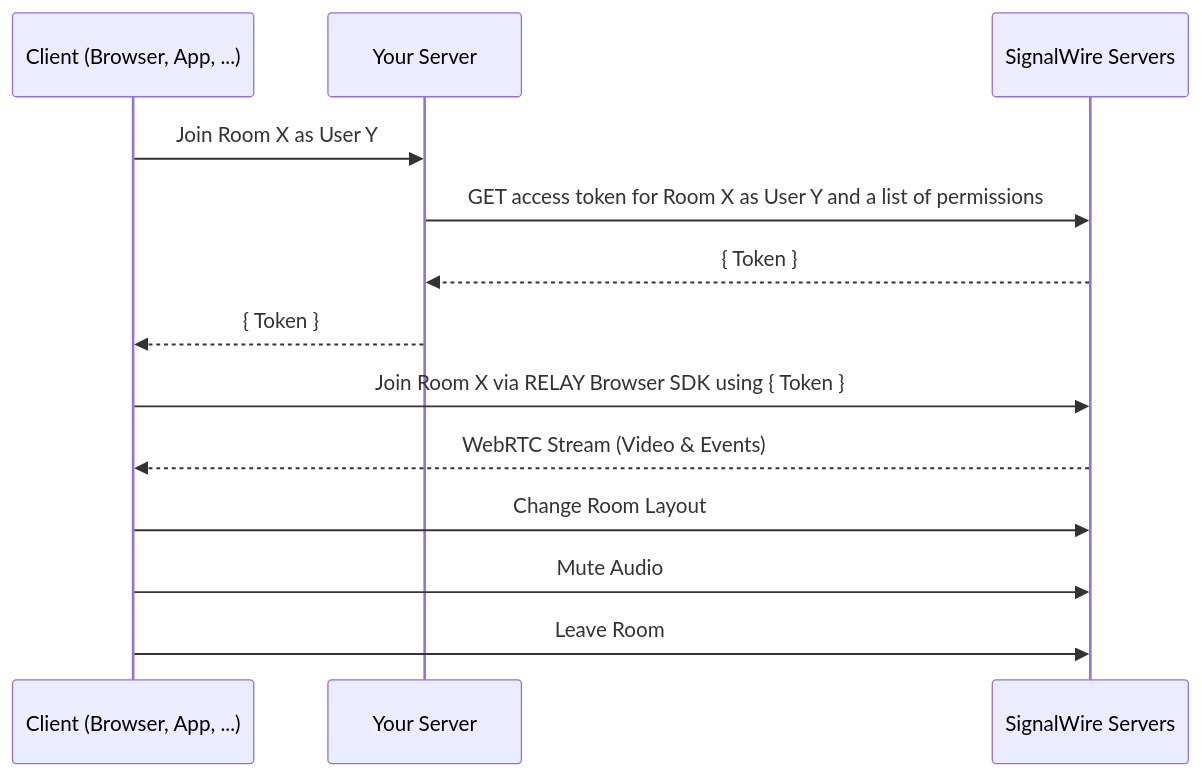
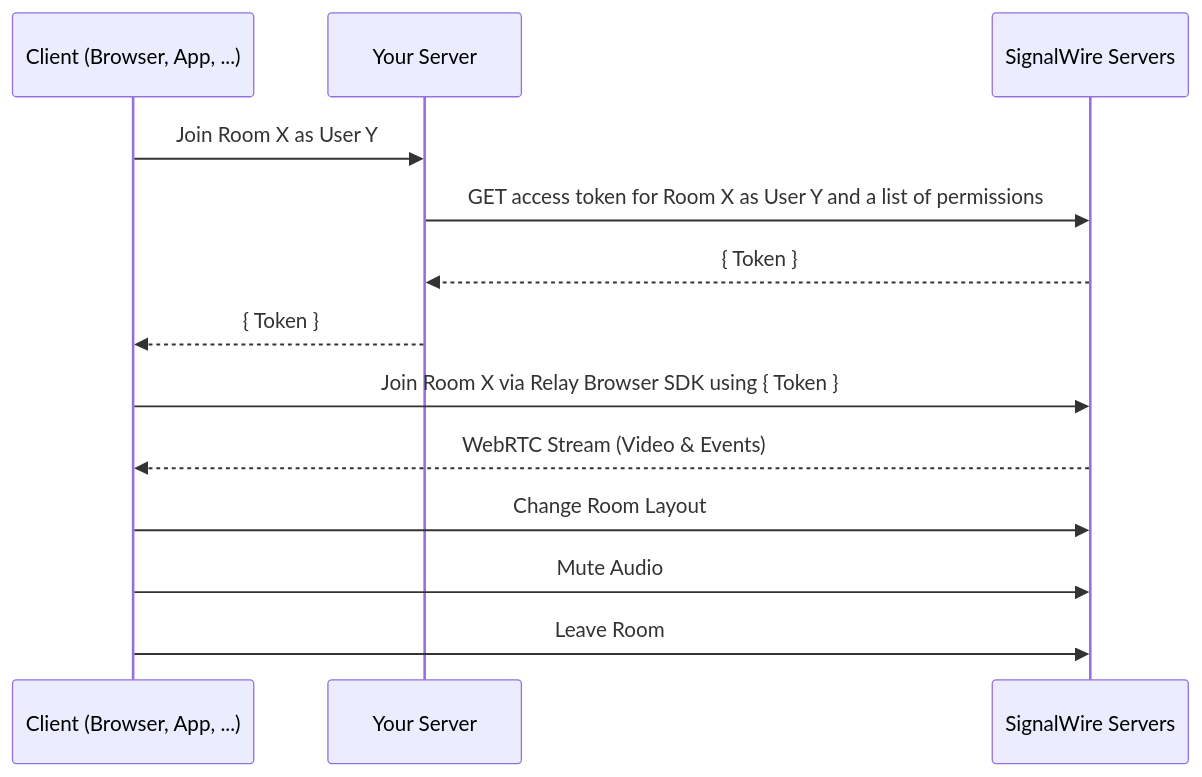
Before and after one commit to signalwire/docs: the diagram in fern/products/browser-sdk/pages/v3/guides/video/zoom-clone-2/index.mdx, drawn with Mermaid. The commit also changed 124 other files, not shown here.

````diff
--- a/fern/products/browser-sdk/pages/v3/guides/video/zoom-clone-2/index.mdx
+++ b/fern/products/browser-sdk/pages/v3/guides/video/zoom-clone-2/index.mdx
@@ -71,18 +71,18 @@
 ```mermaid
 sequenceDiagram
     participant C as Client (Browser, App, ...)
     participant YS as Your Server
     participant SW as SignalWire Servers
     
     C->>YS: Join Room X as User Y
     YS->>SW: GET access token for Room X as User Y and a list of permissions 
     SW-->>YS: { Token }
     YS-->>C: { Token }
     
-    C->>SW: Join Room X via RELAY Browser SDK using { Token }
+    C->>SW: Join Room X via Relay Browser SDK using { Token }
     SW-->>C: WebRTC Stream (Video & Events)
     
     C->>SW: Change Room Layout
     C->>SW: Mute Audio
     C->>SW: Leave Room
 ```
````
